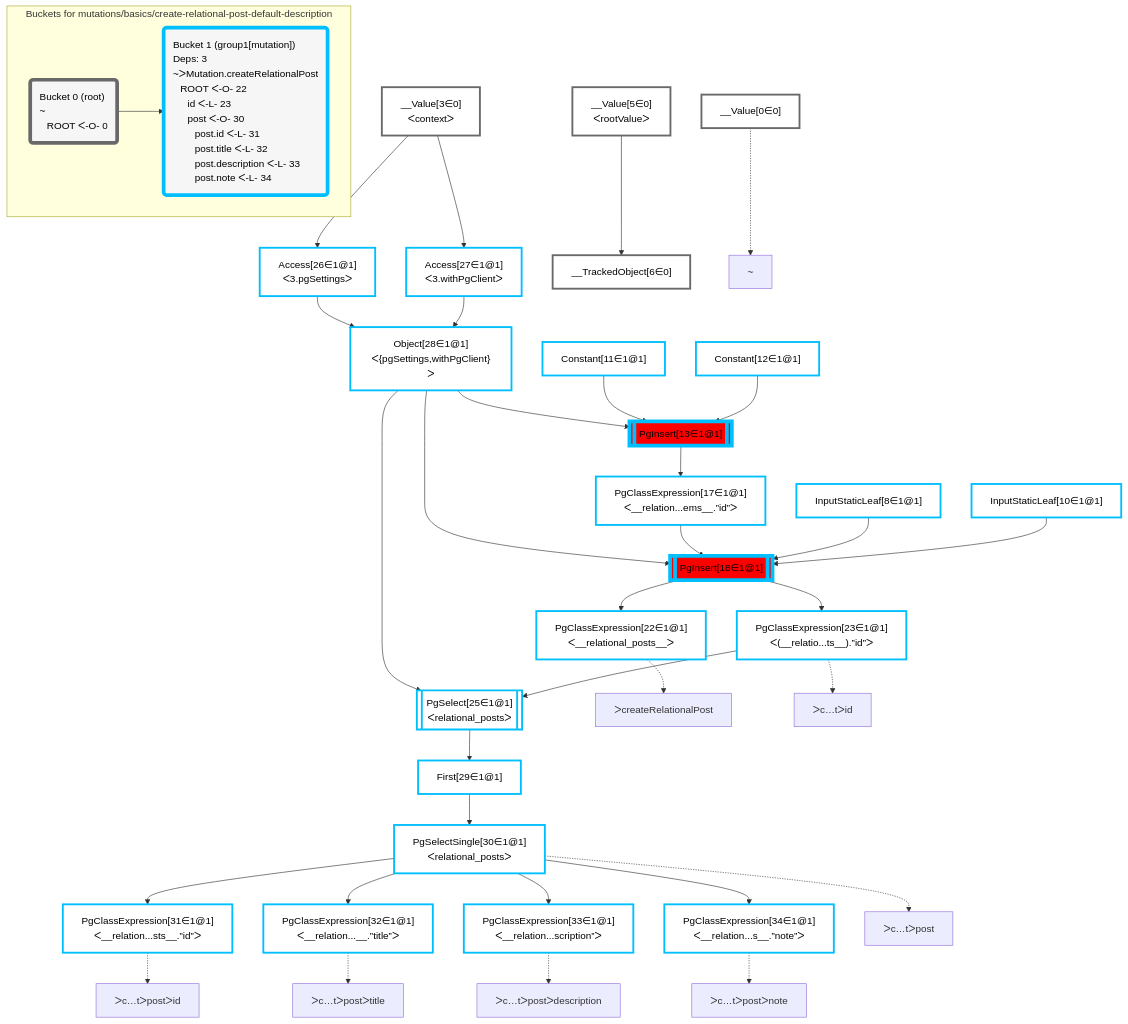
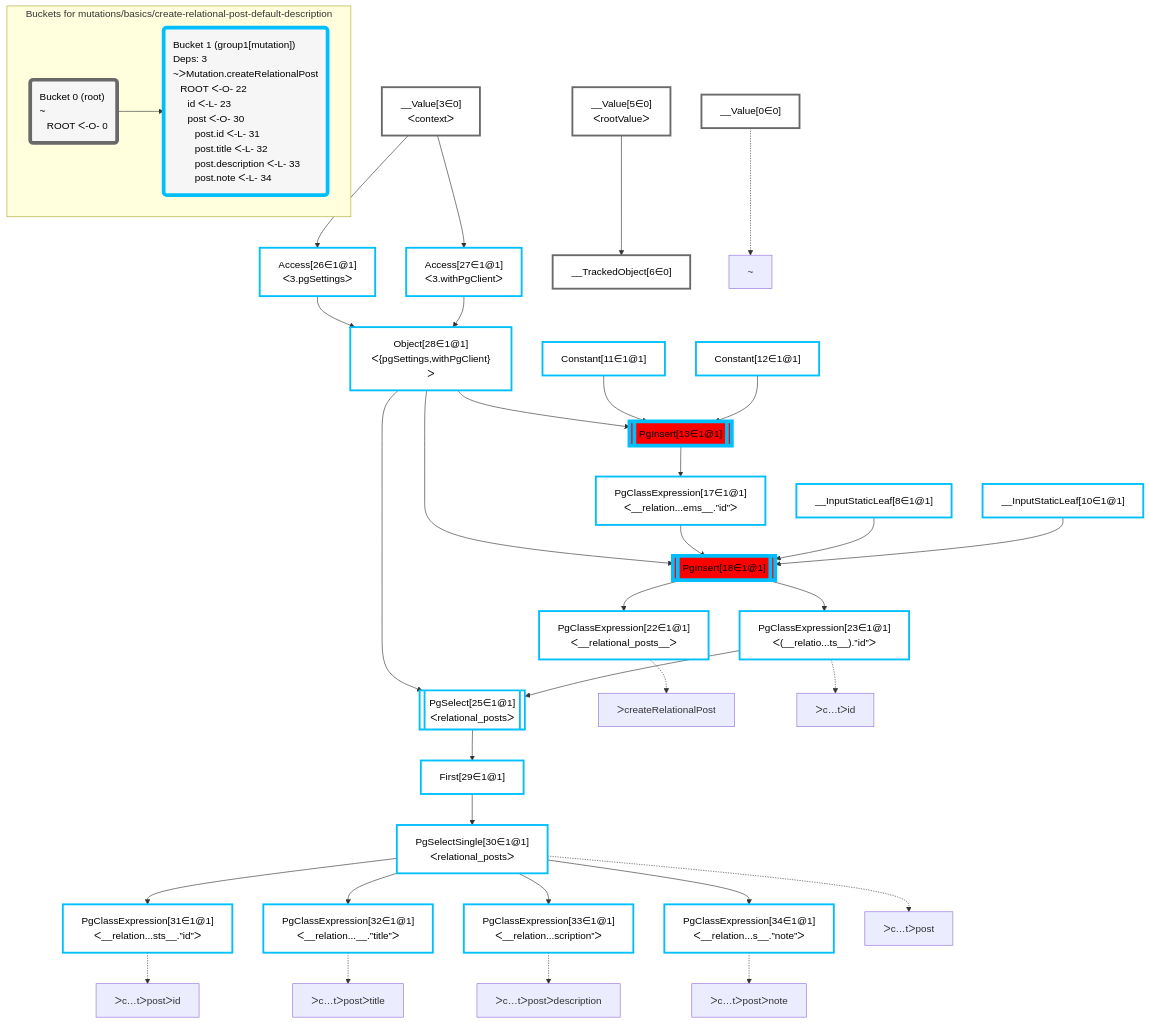
The diagram in packages/dataplan-pg/__tests__/mutations/basics/create-relational-post-default-description.deopt.mermaid.md (graphile/crystal), drawn with Mermaid before and after one commit. The commit also changed 79 other files, not shown here.

````diff
--- a/packages/dataplan-pg/__tests__/mutations/basics/create-relational-post-default-description.deopt.mermaid.md
+++ b/packages/dataplan-pg/__tests__/mutations/basics/create-relational-post-default-description.deopt.mermaid.md
@@ -1,80 +1,80 @@
 ```mermaid
 graph TD
     classDef path fill:#eee,stroke:#000,color:#000
     classDef plan fill:#fff,stroke-width:3px,color:#000
     classDef itemplan fill:#fff,stroke-width:6px,color:#000
     classDef sideeffectplan fill:#f00,stroke-width:6px,color:#000
     classDef bucket fill:#f6f6f6,color:#000,stroke-width:6px,text-align:left
 
 
     %% define plans
     __Value0["__Value[0∈0]"]:::plan
     PgClassExpression22["PgClassExpression[22∈1@1]<br />ᐸ__relational_posts__ᐳ"]:::plan
     PgClassExpression31["PgClassExpression[31∈1@1]<br />ᐸ__relation...sts__.”id”ᐳ"]:::plan
     PgClassExpression32["PgClassExpression[32∈1@1]<br />ᐸ__relation...__.”title”ᐳ"]:::plan
     PgClassExpression33["PgClassExpression[33∈1@1]<br />ᐸ__relation...scription”ᐳ"]:::plan
     PgClassExpression34["PgClassExpression[34∈1@1]<br />ᐸ__relation...s__.”note”ᐳ"]:::plan
     PgSelectSingle30["PgSelectSingle[30∈1@1]<br />ᐸrelational_postsᐳ"]:::plan
     First29["First[29∈1@1]"]:::plan
     PgSelect25[["PgSelect[25∈1@1]<br />ᐸrelational_postsᐳ"]]:::plan
     PgClassExpression23["PgClassExpression[23∈1@1]<br />ᐸ(__relatio...ts__).”id”ᐳ"]:::plan
     PgInsert18[["PgInsert[18∈1@1]"]]:::sideeffectplan
     PgClassExpression17["PgClassExpression[17∈1@1]<br />ᐸ__relation...ems__.”id”ᐳ"]:::plan
     PgInsert13[["PgInsert[13∈1@1]"]]:::sideeffectplan
     Object28["Object[28∈1@1]<br />ᐸ{pgSettings,withPgClient}ᐳ"]:::plan
     Access26["Access[26∈1@1]<br />ᐸ3.pgSettingsᐳ"]:::plan
     Access27["Access[27∈1@1]<br />ᐸ3.withPgClientᐳ"]:::plan
     __Value3["__Value[3∈0]<br />ᐸcontextᐳ"]:::plan
     __TrackedObject6["__TrackedObject[6∈0]"]:::plan
     __Value5["__Value[5∈0]<br />ᐸrootValueᐳ"]:::plan
-    InputStaticLeaf8["InputStaticLeaf[8∈1@1]"]:::plan
-    InputStaticLeaf10["InputStaticLeaf[10∈1@1]"]:::plan
+    __InputStaticLeaf8["__InputStaticLeaf[8∈1@1]"]:::plan
+    __InputStaticLeaf10["__InputStaticLeaf[10∈1@1]"]:::plan
     Constant11["Constant[11∈1@1]"]:::plan
     Constant12["Constant[12∈1@1]"]:::plan
 
     %% plan dependencies
     PgInsert18 --> PgClassExpression22
     PgSelectSingle30 --> PgClassExpression31
     PgSelectSingle30 --> PgClassExpression32
     PgSelectSingle30 --> PgClassExpression33
     PgSelectSingle30 --> PgClassExpression34
     First29 --> PgSelectSingle30
     PgSelect25 --> First29
     Object28 & PgClassExpression23 --> PgSelect25
     PgInsert18 --> PgClassExpression23
-    Object28 & PgClassExpression17 & InputStaticLeaf8 & InputStaticLeaf10 --> PgInsert18
+    Object28 & PgClassExpression17 & __InputStaticLeaf8 & __InputStaticLeaf10 --> PgInsert18
     PgInsert13 --> PgClassExpression17
     Object28 & Constant11 & Constant12 --> PgInsert13
     Access26 & Access27 --> Object28
     __Value3 --> Access26
     __Value3 --> Access27
     __Value5 --> __TrackedObject6
 
     %% plan-to-path relationships
     P0["~"]
     __Value0 -.-> P0
     P22["ᐳcreateRelationalPost"]
     PgClassExpression22 -.-> P22
     P23["ᐳc…tᐳid"]
     PgClassExpression23 -.-> P23
     P30["ᐳc…tᐳpost"]
     PgSelectSingle30 -.-> P30
     P31["ᐳc…tᐳpostᐳid"]
     PgClassExpression31 -.-> P31
     P32["ᐳc…tᐳpostᐳtitle"]
     PgClassExpression32 -.-> P32
     P33["ᐳc…tᐳpostᐳdescription"]
     PgClassExpression33 -.-> P33
     P34["ᐳc…tᐳpostᐳnote"]
     PgClassExpression34 -.-> P34
 
     subgraph "Buckets for mutations/basics/create-relational-post-default-description"
     Bucket0("Bucket 0 (root)<br />~<br />⠀ROOT ᐸ-O- 0"):::bucket
     classDef bucket0 stroke:#696969
     class Bucket0,__Value0,__Value3,__Value5,__TrackedObject6 bucket0
     Bucket1("Bucket 1 (group1[mutation])<br />Deps: 3<br />~ᐳMutation.createRelationalPost<br />⠀ROOT ᐸ-O- 22<br />⠀⠀id ᐸ-L- 23<br />⠀⠀post ᐸ-O- 30<br />⠀⠀⠀post.id ᐸ-L- 31<br />⠀⠀⠀post.title ᐸ-L- 32<br />⠀⠀⠀post.description ᐸ-L- 33<br />⠀⠀⠀post.note ᐸ-L- 34"):::bucket
     classDef bucket1 stroke:#00bfff
-    class Bucket1,InputStaticLeaf8,InputStaticLeaf10,Constant11,Constant12,PgInsert13,PgClassExpression17,PgInsert18,PgClassExpression22,PgClassExpression23,PgSelect25,Access26,Access27,Object28,First29,PgSelectSingle30,PgClassExpression31,PgClassExpression32,PgClassExpression33,PgClassExpression34 bucket1
+    class Bucket1,__InputStaticLeaf8,__InputStaticLeaf10,Constant11,Constant12,PgInsert13,PgClassExpression17,PgInsert18,PgClassExpression22,PgClassExpression23,PgSelect25,Access26,Access27,Object28,First29,PgSelectSingle30,PgClassExpression31,PgClassExpression32,PgClassExpression33,PgClassExpression34 bucket1
     Bucket0 --> Bucket1
     end
 ```
````
